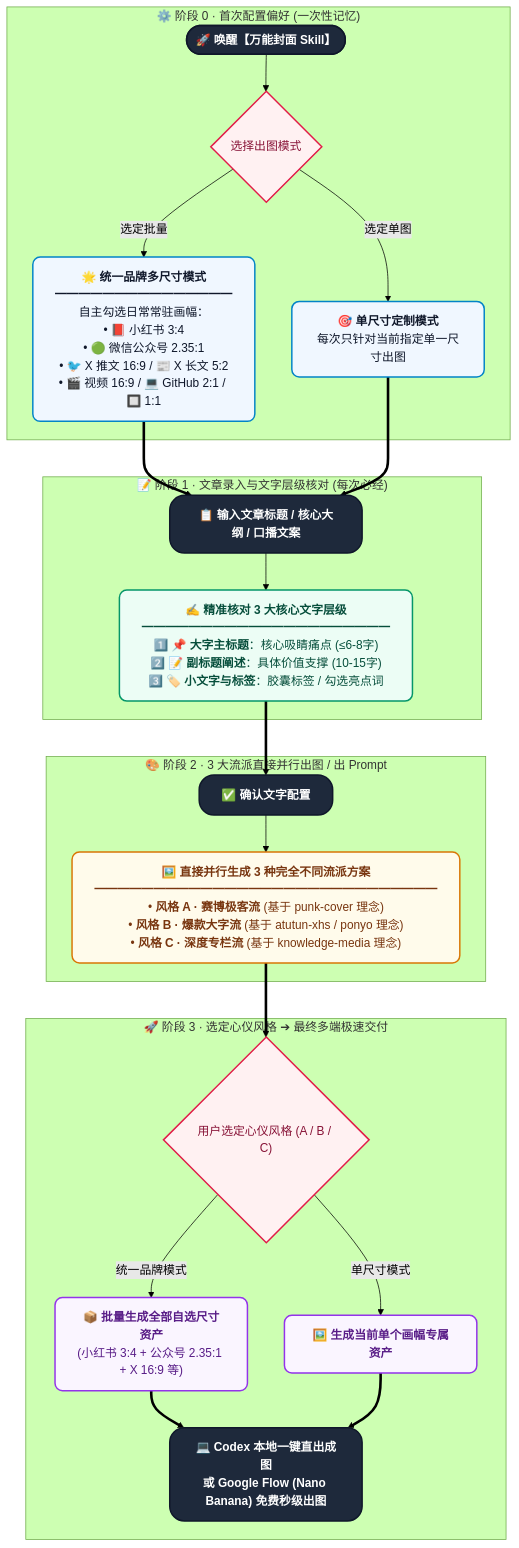
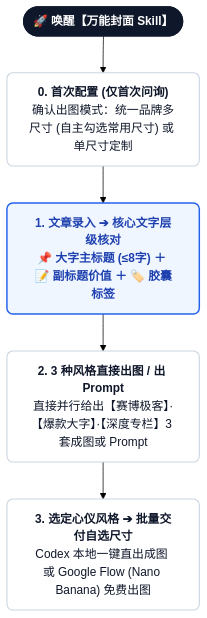
Before and after one commit to kaomei/cover-studio: the first of 2 diagrams in README.md, drawn with Mermaid (forest theme). The commit also changed 7 other files, not shown here.

Commit message:
refactor(docs): streamline interaction workflow diagram into a clean, minimalist 4-step linear pipeline with zero visual noise

````diff
--- a/README.md
+++ b/README.md
@@ -41,48 +41,13 @@
 ```mermaid
 flowchart TD
-    classDef setupBox fill:#f0f7ff,stroke:#0284c7,stroke-width:2px,color:#0f172a,rx:10px,ry:10px;
-    classDef textBox fill:#ecfdf5,stroke:#059669,stroke-width:2px,color:#064e3b,rx:10px,ry:10px;
-    classDef genBox fill:#fffbeb,stroke:#d97706,stroke-width:2px,color:#78350f,rx:10px,ry:10px;
-    classDef deliverBox fill:#faf5ff,stroke:#9333ea,stroke-width:2px,color:#581c87,rx:10px,ry:10px;
-    classDef decision fill:#fff1f2,stroke:#e11d48,stroke-width:2px,color:#881337,rx:6px,ry:6px;
-    classDef action fill:#1e293b,stroke:#0f172a,stroke-width:2px,color:#ffffff,font-weight:bold,rx:20px,ry:20px;
+    classDef default fill:#ffffff,stroke:#e2e8f0,stroke-width:1.5px,color:#1e293b,rx:8px,ry:8px;
+    classDef startNode fill:#0f172a,stroke:#0f172a,stroke-width:2px,color:#ffffff,font-weight:bold,rx:20px,ry:20px;
+    classDef stepNode fill:#ffffff,stroke:#cbd5e1,stroke-width:1.5px,color:#0f172a,rx:8px,ry:8px;
+    classDef highlightNode fill:#eff6ff,stroke:#2563eb,stroke-width:2px,color:#1e40af,font-weight:bold,rx:8px,ry:8px;
 
-    subgraph S0 ["⚙️ 阶段 0 · 首次配置偏好 (一次性记忆)"]
-        A0(["🚀 唤醒【万能封面 Skill】"]):::action
-        A1{"选择出图模式"}:::decision
-        A2["🌟 <b>统一品牌多尺寸模式</b><br/>━━━━━━━━━━━━━━━<br/>自主勾选日常常驻画幅：<br/>• 📕 小红书 3:4<br/>• 🟢 微信公众号 2.35:1<br/>• 🐦 X 推文 16:9 / 📰 X 长文 5:2<br/>• 🎬 视频 16:9 / 💻 GitHub 2:1 / 🔲 1:1"]:::setupBox
-        A3["🎯 <b>单尺寸定制模式</b><br/>每次只针对当前指定单一尺寸出图"]:::setupBox
-        A0 --> A1
-        A1 -->|"选定批量"| A2
-        A1 -->|"选定单图"| A3
-    end
-
-    subgraph S1 ["📝 阶段 1 · 文章录入与文字层级核对 (每次必经)"]
-        B0["📋 输入文章标题 / 核心大纲 / 口播文案"]:::action
-        B1["✍️ <b>精准核对 3 大核心文字层级</b><br/>━━━━━━━━━━━━━━━━━━━━━<br/>1️⃣ 📌 <b>大字主标题</b>：核心吸睛痛点 (≤6-8字)<br/>2️⃣ 📝 <b>副标题阐述</b>：具体价值支撑 (10-15字)<br/>3️⃣ 🏷️ <b>小文字与标签</b>：胶囊标签 / 勾选亮点词"]:::textBox
-        B0 --> B1
-    end
-
-    subgraph S2 ["🎨 阶段 2 · 3 大流派直接并行出图 / 出 Prompt"]
-        C0["✅ 确认文字配置"]:::action
-        C1["🖼️ <b>直接并行生成 3 种完全不同流派方案</b><br/>━━━━━━━━━━━━━━━━━━━━━━━━━━━━━<br/>• <b>风格 A · 赛博极客流</b> (基于 punk-cover 理念)<br/>• <b>风格 B · 爆款大字流</b> (基于 atutun-xhs / ponyo 理念)<br/>• <b>风格 C · 深度专栏流</b> (基于 knowledge-media 理念)"]:::genBox
-        C0 --> C1
-    end
-
-    subgraph S3 ["🚀 阶段 3 · 选定心仪风格 ➔ 最终多端极速交付"]
-        D0{"用户选定心仪风格 (A / B / C)"}:::decision
-        D1["📦 <b>批量生成全部自选尺寸资产</b><br/>(小红书 3:4 + 公众号 2.35:1 + X 16:9 等)"]:::deliverBox
-        D2["🖼️ <b>生成当前单个画幅专属资产</b>"]:::deliverBox
-        D3["💻 <b>Codex 本地一键直出成图</b><br/>或 <b>Google Flow (Nano Banana) 免费秒级出图</b>"]:::action
-
-        D0 -->|"统一品牌模式"| D1
-        D0 -->|"单尺寸模式"| D2
-        D1 ==> D3
-        D2 ==> D3
-    end
-
-    A2 ==> B0
-    A3 ==> B0
-    B1 ==> C0
-    C1 ==> D0
+    A0(["🚀 唤醒【万能封面 Skill】"]):::startNode
+    --> A1["<b>0. 首次配置 (仅首次问询)</b><br/>确认出图模式：统一品牌多尺寸 (自主勾选常用尺寸) 或 单尺寸定制"]:::stepNode
+    --> A2["<b>1. 文章录入 ➔ 核心文字层级核对</b><br/>📌 大字主标题 (≤8字) ＋ 📝 副标题价值 ＋ 🏷️ 胶囊标签"]:::highlightNode
+    --> A3["<b>2. 3 种风格直接出图 / 出 Prompt</b><br/>直接并行给出【赛博极客】·【爆款大字】·【深度专栏】3 套成图或 Prompt"]:::stepNode
+    --> A4["<b>3. 选定心仪风格 ➔ 批量交付自选尺寸</b><br/>Codex 本地一键直出成图 或 Google Flow (Nano Banana) 免费出图"]:::stepNode
 ```
````
